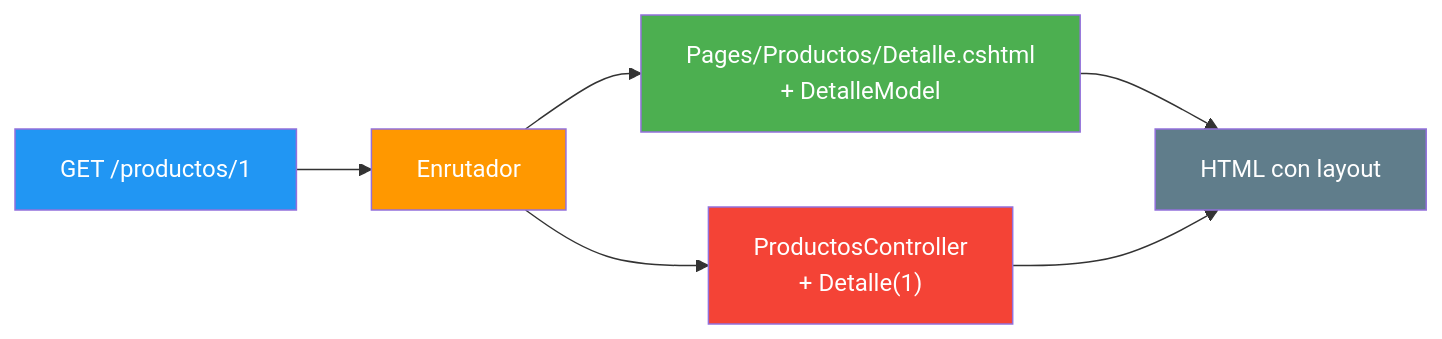
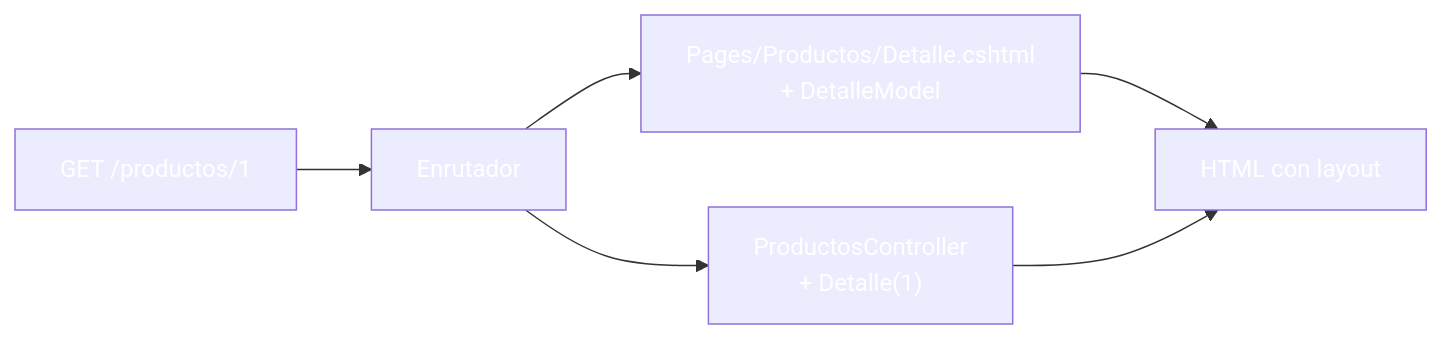
Before and after one commit to joseluisgs/DesarrolloWebEntornosServidor-03-2026-2027: the first of 4 diagrams in 12-mvc-vs-razorpages.md, drawn with Mermaid. The commit also changed other lines of this file and 30 other files, not shown here.

````diff
--- a/12-mvc-vs-razorpages.md
+++ b/12-mvc-vs-razorpages.md
@@ -49,13 +49,13 @@
 ```mermaid
 graph LR
     A["GET /productos/1"] --> B["Enrutador"]
     B --> C["Pages/Productos/Detalle.cshtml<br/>+ DetalleModel"]
     B --> D["ProductosController<br/>+ Detalle(1)"]
     C --> E["HTML con layout"]
     D --> E
-    style A fill:#2196F3,color:#fff
-    style B fill:#FF9800,color:#fff
-    style C fill:#4CAF50,color:#fff
-    style D fill:#f44336,color:#fff
-    style E fill:#607D8B,color:#fff
+    style A fill:#2196F,color:#fff3,color:#fff
+    style B fill:#FF980,color:#fff0,color:#fff
+    style C fill:#4CAF5,color:#fff0,color:#fff
+    style D fill:#f4433,color:#fff6,color:#fff
+    style E fill:#607D8,color:#fffB,color:#fff
 ```
````
